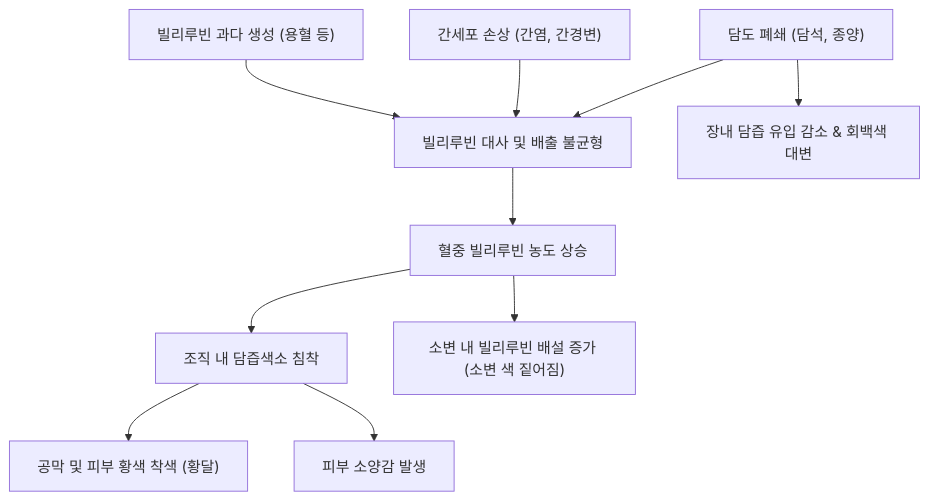
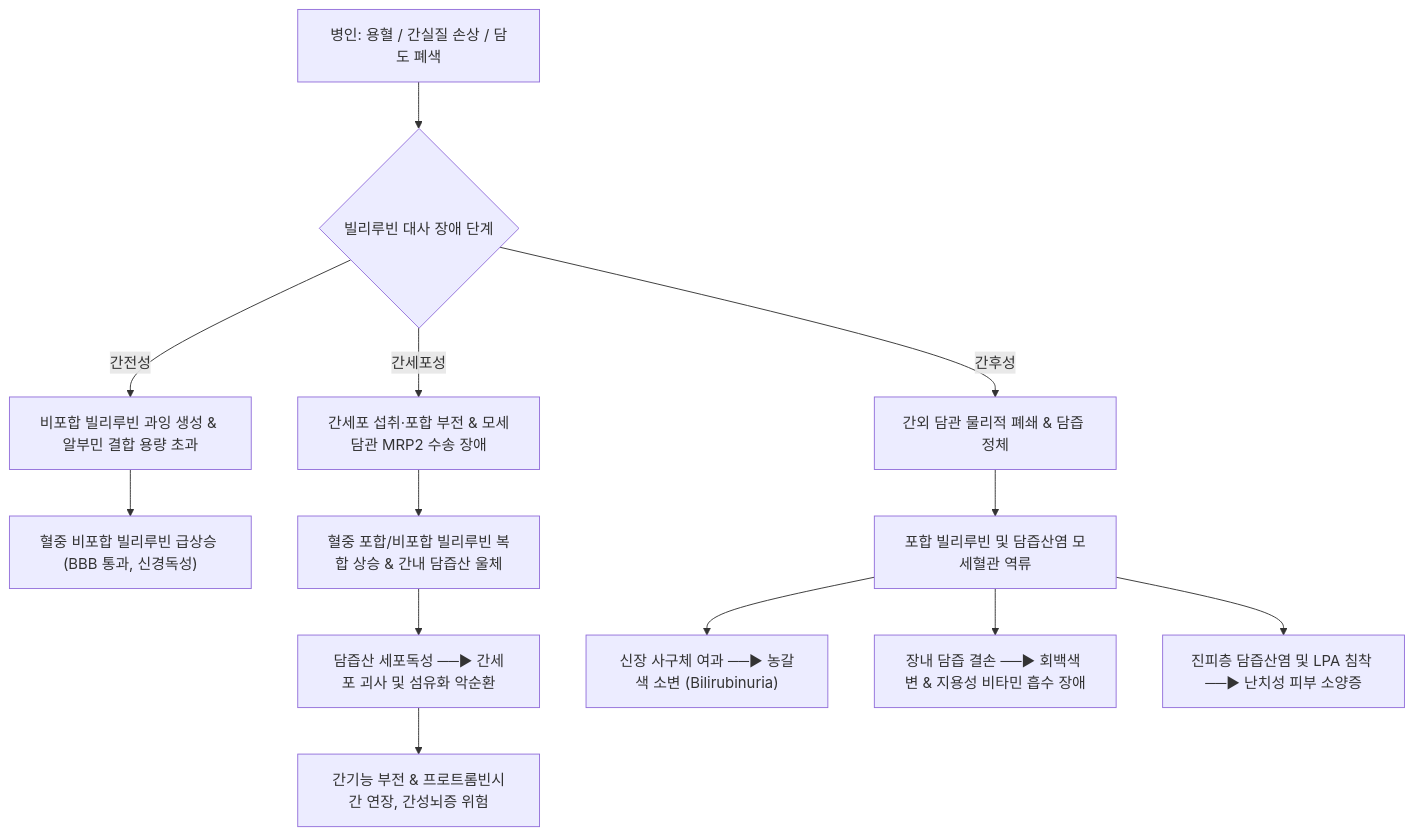
One commit to simbio11/simbio-digital-garden2 changed the diagram in content/3. 이론 공부/질환/간 질환/기타 간/황달.md. Above: the diagram before and after it, drawn with Mermaid. The commit also changed other lines of this file and 147 other files, not shown here.

````diff
--- a/content/3. 이론 공부/질환/간 질환/기타 간/황달.md
+++ b/content/3. 이론 공부/질환/간 질환/기타 간/황달.md
@@ -67,12 +100,17 @@
 ```mermaid
 graph TD
-    Overproduction["빌리루빈 과다 생성 (용혈 등)"] --> Imbalance["빌리루빈 대사 및 배출 불균형"]
-    HepaticDamage["간세포 손상 (간염, 간경변)"] --> Imbalance
-    BiliaryObstruction["담도 폐쇄 (담석, 종양)"] --> Imbalance
-    Imbalance --> Hyperbilirubinemia["혈중 빌리루빈 농도 상승"]
-    Hyperbilirubinemia --> Deposition["조직 내 담즙색소 침착"]
-    Deposition --> Icterus["공막 및 피부 황색 착색 (황달)"]
-    Deposition --> Pruritus["피부 소양감 발생"]
-    BiliaryObstruction --> AcholicStool["장내 담즙 유입 감소 & 회백색 대변"]
-    Hyperbilirubinemia --> DarkUrine["소변 내 빌리루빈 배설 증가 (소변 색 짙어짐)"]
+    A["병인: 용혈 / 간실질 손상 / 담도 폐색"] --> B{"빌리루빈 대사 장애 단계"}
+    B -->|간전성| C["비포합 빌리루빈 과잉 생성 & 알부민 결합 용량 초과"]
+    B -->|간세포성| D["간세포 섭취·포합 부전 & 모세담관 MRP2 수송 장애"]
+    B -->|간후성| E["간외 담관 물리적 폐쇄 & 담즙 정체"]
+
+    C --> F["혈중 비포합 빌리루빈 급상승 (BBB 통과, 신경독성)"]
+    D --> G["혈중 포합/비포합 빌리루빈 복합 상승 & 간내 담즙산 울체"]
+    E --> H["포합 빌리루빈 및 담즙산염 모세혈관 역류"]
+
+    G --> I["담즙산 세포독성 ──▶ 간세포 괴사 및 섬유화 악순환"]
+    H --> J["신장 사구체 여과 ──▶ 농갈색 소변 (Bilirubinuria)"]
+    H --> K["장내 담즙 결손 ──▶ 회백색 변 & 지용성 비타민 흡수 장애"]
+    H --> L["진피층 담즙산염 및 LPA 침착 ──▶ 난치성 피부 소양증"]
+    I --> M["간기능 부전 & 프로트롬빈시간 연장, 간성뇌증 위험"]
 ```
````
